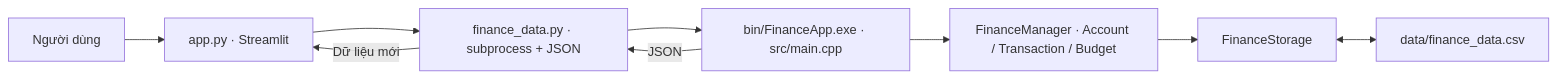
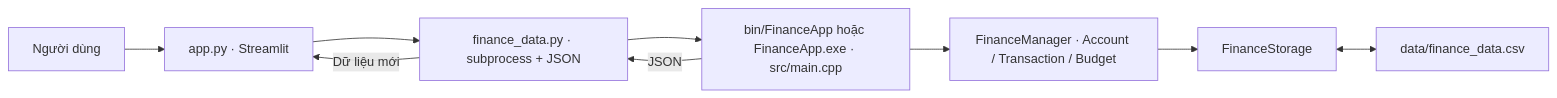
Before and after one commit to Thahwt/finance_managment_simulator: the first of 2 diagrams in README.md, drawn with Mermaid. The commit also changed other lines of this file and 25 other files, not shown here.

````diff
--- a/README.md
+++ b/README.md
@@ -25,11 +41,11 @@
 ```mermaid
 flowchart LR
     U["Người dùng"] --> UI["app.py · Streamlit"]
     UI --> B["finance_data.py · subprocess + JSON"]
-    B --> CLI["bin/FinanceApp.exe · src/main.cpp"]
+    B --> CLI["bin/FinanceApp hoặc FinanceApp.exe · src/main.cpp"]
     CLI --> M["FinanceManager · Account / Transaction / Budget"]
     M --> S["FinanceStorage"]
     S <--> CSV["data/finance_data.csv"]
     CLI -->|JSON| B
     B -->|Dữ liệu mới| UI
 ```
````
